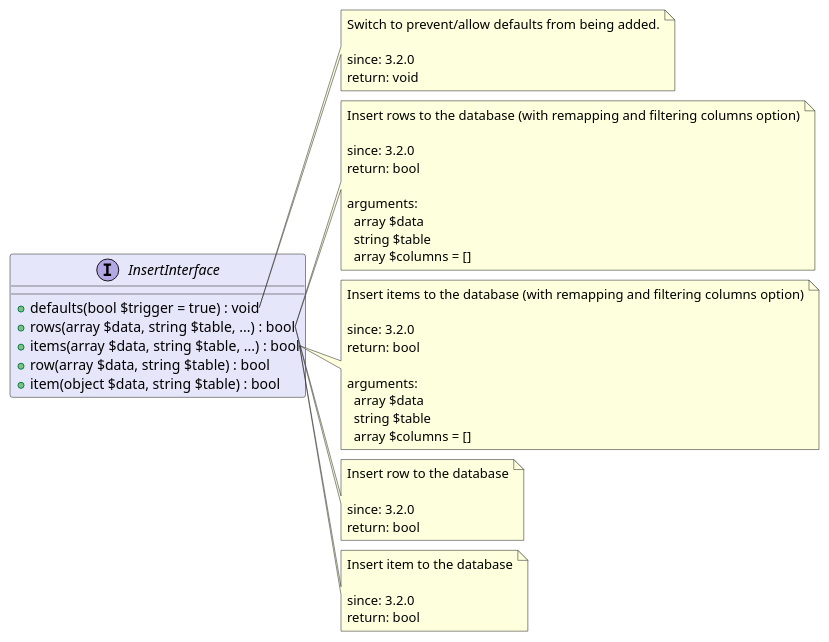
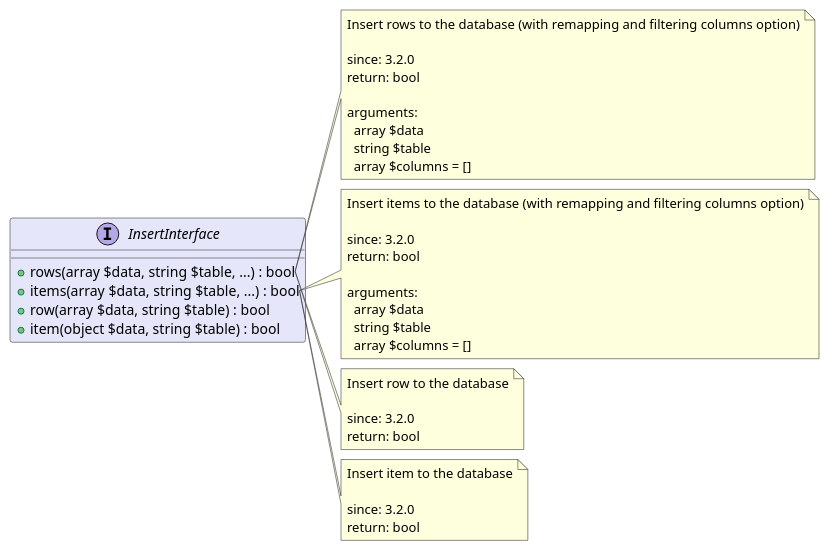
The diagram in src/ad12ca1c-d3ce-4e7f-88c5-c6c92bdedc48/README.md (joomengine/super-powers), drawn with PlantUML before and after one commit. The commit also changed other lines of this file and 238 other files, not shown here.

````diff
--- a/src/ad12ca1c-d3ce-4e7f-88c5-c6c92bdedc48/README.md
+++ b/src/ad12ca1c-d3ce-4e7f-88c5-c6c92bdedc48/README.md
@@ -12,57 +6,50 @@
 ```uml
 @startuml
+
 interface InsertInterface  #Lavender {
-  + defaults(bool $trigger = true) : void
   + rows(array $data, string $table, ...) : bool
   + items(array $data, string $table, ...) : bool
   + row(array $data, string $table) : bool
   + item(object $data, string $table) : bool
 }
-
-note right of InsertInterface::defaults
-  Switch to prevent/allow defaults from being added.
-
-  since: 3.2.0
-  return: void
-end note
 
 note right of InsertInterface::rows
   Insert rows to the database (with remapping and filtering columns option)
 
   since: 3.2.0
   return: bool
   
   arguments:
     array $data
     string $table
     array $columns = []
 end note
 
 note right of InsertInterface::items
   Insert items to the database (with remapping and filtering columns option)
 
   since: 3.2.0
   return: bool
   
   arguments:
     array $data
     string $table
     array $columns = []
 end note
 
 note right of InsertInterface::row
   Insert row to the database
 
   since: 3.2.0
   return: bool
 end note
 
 note right of InsertInterface::item
   Insert item to the database
 
   since: 3.2.0
   return: bool
 end note
- 
+
 @enduml
 ```
````
